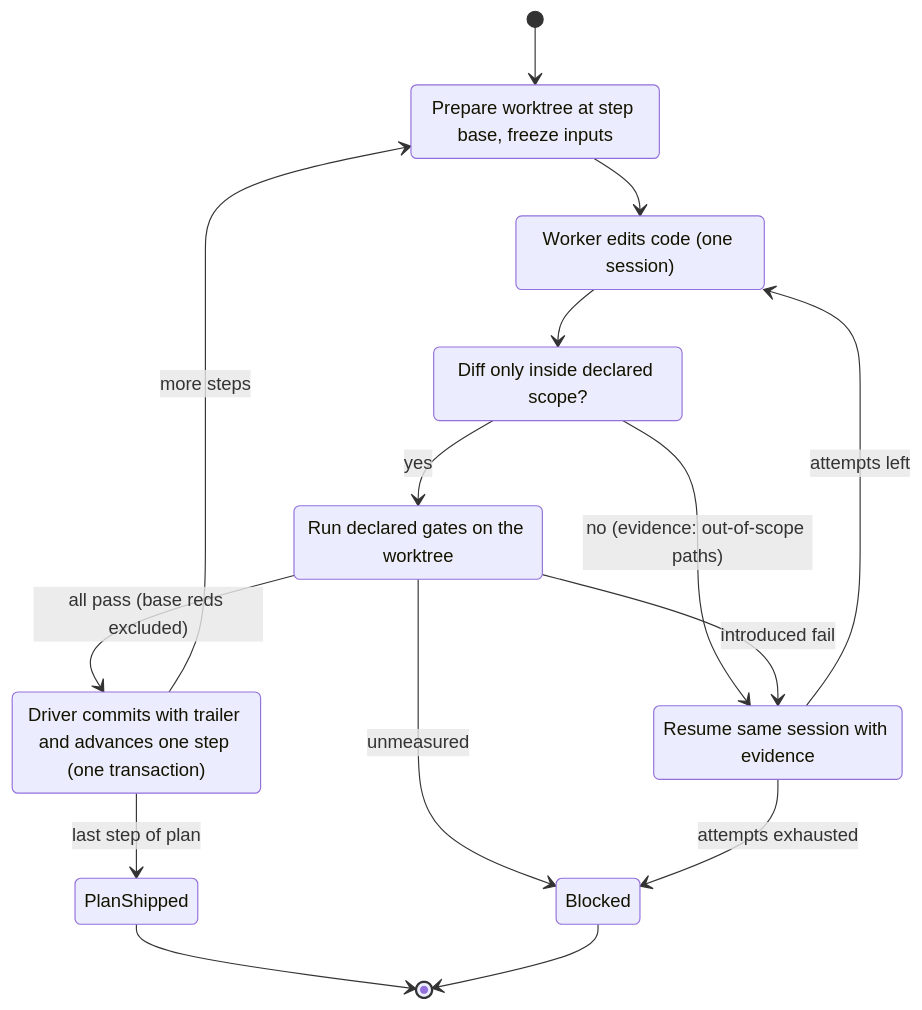
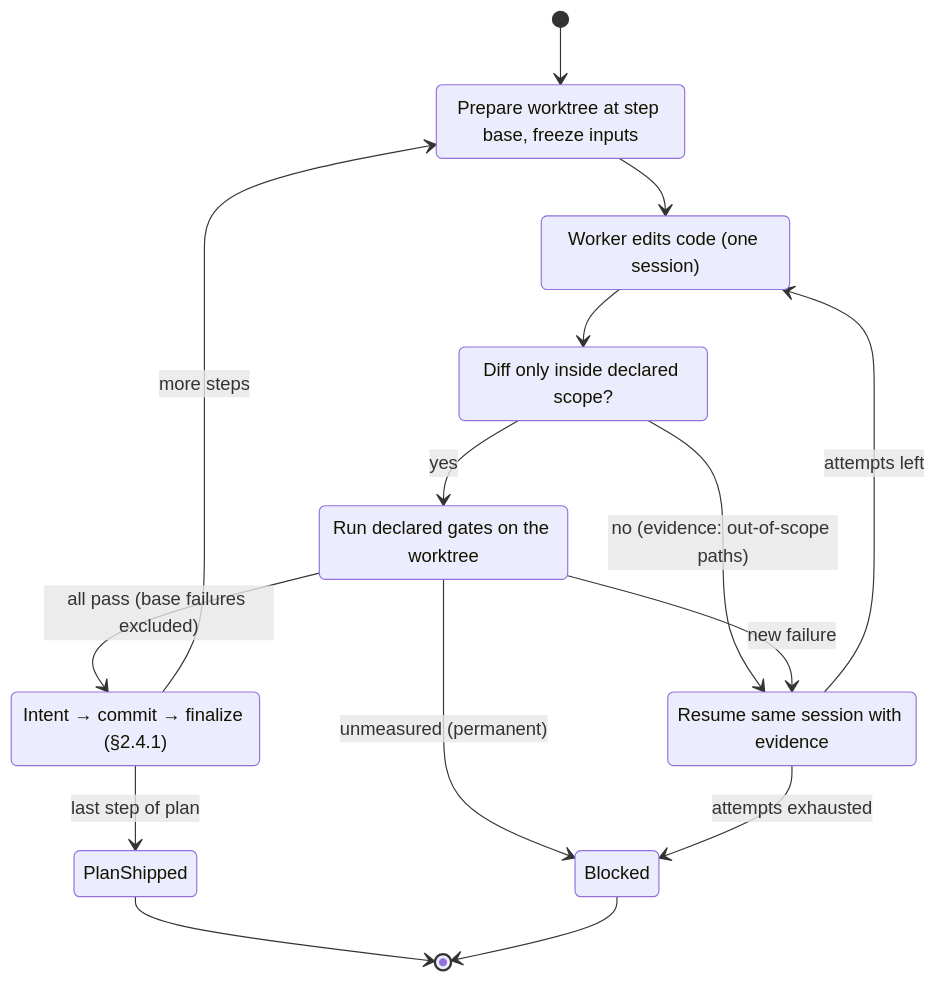
The third of 3 diagrams in docs/02-architecture.md (inluck-net/ilk2), drawn with Mermaid before and after one commit. The commit also changed other lines of this file and 6 other files, not shown here.

````diff
--- a/docs/02-architecture.md
+++ b/docs/02-architecture.md
@@ -83,23 +89,23 @@
 ```mermaid
 stateDiagram-v2
   [*] --> Prepare
   Prepare: Prepare worktree at step base, freeze inputs
   Prepare --> Dispatch
   Dispatch: Worker edits code (one session)
   Dispatch --> ScopeCheck
   ScopeCheck: Diff only inside declared scope?
   ScopeCheck --> Gates: yes
   ScopeCheck --> Retry: no (evidence: out-of-scope paths)
   Gates: Run declared gates on the worktree
-  Gates --> Commit: all pass (base reds excluded)
-  Gates --> Retry: introduced fail
-  Gates --> Blocked: unmeasured
+  Gates --> Accept: all pass (base failures excluded)
+  Gates --> Retry: new failure
+  Gates --> Blocked: unmeasured (permanent)
   Retry: Resume same session with evidence
   Retry --> Dispatch: attempts left
   Retry --> Blocked: attempts exhausted
-  Commit: Driver commits with trailer and advances one step (one transaction)
-  Commit --> Prepare: more steps
-  Commit --> PlanShipped: last step of plan
+  Accept: Intent → commit → finalize (§2.4.1)
+  Accept --> Prepare: more steps
+  Accept --> PlanShipped: last step of plan
   PlanShipped --> [*]
   Blocked --> [*]
 ```
````
